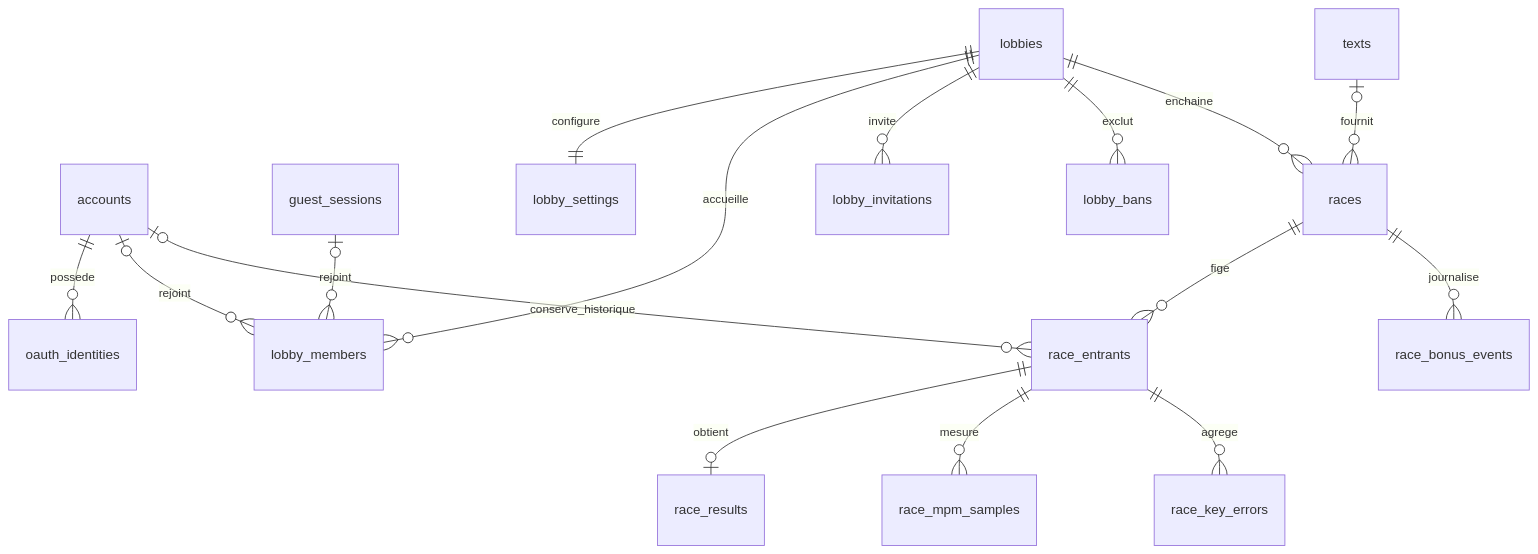
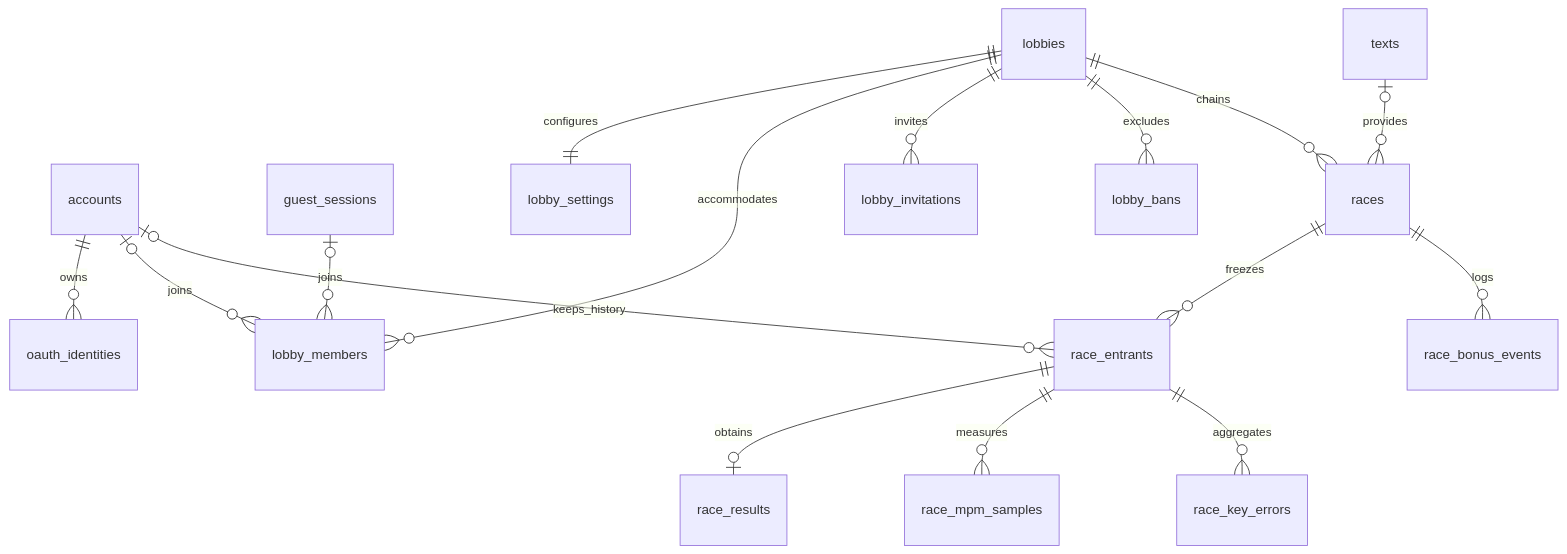
Before and after one commit to PhilJordan18/incision: the second of 4 diagrams in docs/ARCHITECTURE.md, drawn with Mermaid. The commit also changed other lines of this file and 7 other files, not shown here.

First line of the commit message:
docs(architecture): translate architecture documents and ADR to English

````diff
--- a/docs/ARCHITECTURE.md
+++ b/docs/ARCHITECTURE.md
@@ -65,18 +65,18 @@
 ```mermaid
 erDiagram
-  accounts ||--o{ oauth_identities : possede
-  accounts o|--o{ lobby_members : rejoint
-  guest_sessions o|--o{ lobby_members : rejoint
-  lobbies ||--|| lobby_settings : configure
-  lobbies ||--o{ lobby_members : accueille
-  lobbies ||--o{ lobby_invitations : invite
-  lobbies ||--o{ lobby_bans : exclut
-  lobbies ||--o{ races : enchaine
-  texts o|--o{ races : fournit
-  races ||--o{ race_entrants : fige
-  accounts o|--o{ race_entrants : conserve_historique
-  race_entrants ||--o| race_results : obtient
-  race_entrants ||--o{ race_mpm_samples : mesure
-  race_entrants ||--o{ race_key_errors : agrege
-  races ||--o{ race_bonus_events : journalise
+  accounts ||--o{ oauth_identities : owns
+  accounts o|--o{ lobby_members : joins
+  guest_sessions o|--o{ lobby_members : joins
+  lobbies ||--|| lobby_settings : configures
+  lobbies ||--o{ lobby_members : accommodates
+  lobbies ||--o{ lobby_invitations : invites
+  lobbies ||--o{ lobby_bans : excludes
+  lobbies ||--o{ races : chains
+  texts o|--o{ races : provides
+  races ||--o{ race_entrants : freezes
+  accounts o|--o{ race_entrants : keeps_history
+  race_entrants ||--o| race_results : obtains
+  race_entrants ||--o{ race_mpm_samples : measures
+  race_entrants ||--o{ race_key_errors : aggregates
+  races ||--o{ race_bonus_events : logs
 ```
````
